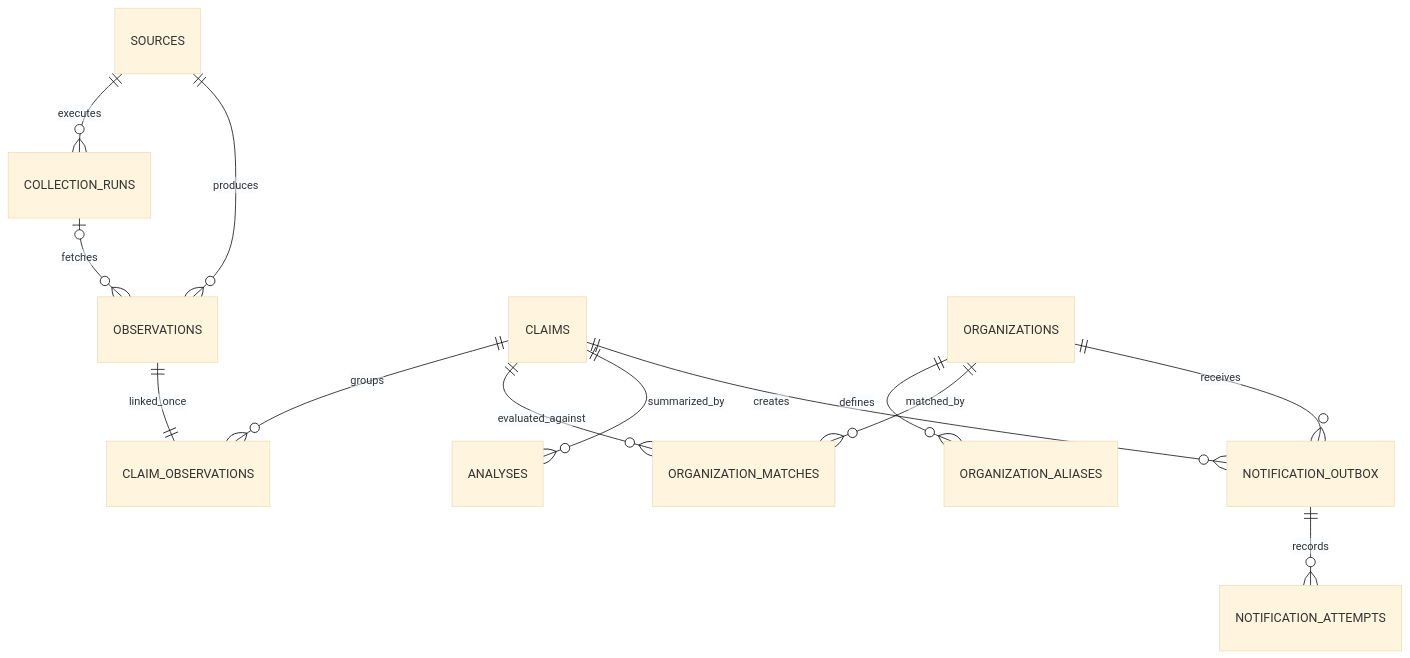
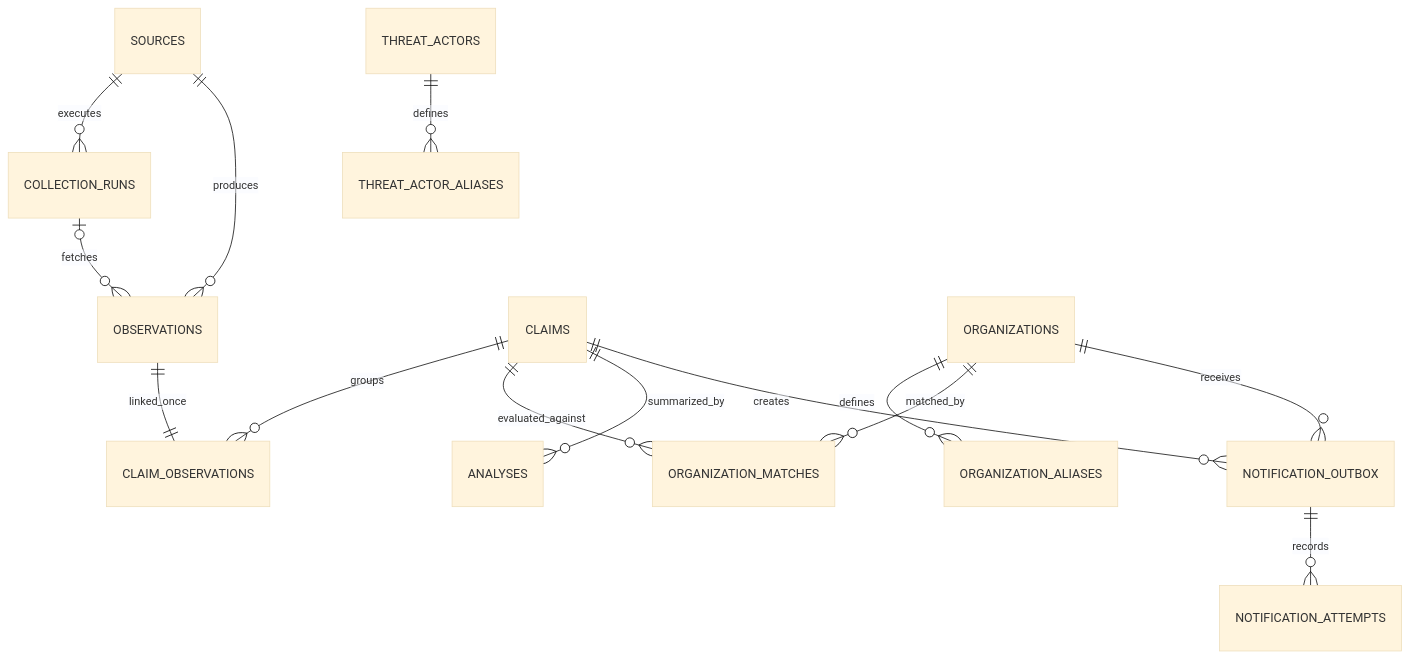
One commit to DimLeon009/threat-claim-monitor changed the diagram in docs/architecture/data-model.md. Above: the diagram before and after it, drawn with Mermaid (base theme). The commit also changed other lines of this file and 28 other files, not shown here.

````diff
--- a/docs/architecture/data-model.md
+++ b/docs/architecture/data-model.md
@@ -11,15 +11,16 @@
 ```mermaid
 erDiagram
     SOURCES ||--o{ COLLECTION_RUNS : executes
     SOURCES ||--o{ OBSERVATIONS : produces
     COLLECTION_RUNS o|--o{ OBSERVATIONS : fetches
     CLAIMS ||--o{ CLAIM_OBSERVATIONS : groups
     OBSERVATIONS ||--|| CLAIM_OBSERVATIONS : linked_once
     ORGANIZATIONS ||--o{ ORGANIZATION_ALIASES : defines
+    THREAT_ACTORS ||--o{ THREAT_ACTOR_ALIASES : defines
     CLAIMS ||--o{ ORGANIZATION_MATCHES : evaluated_against
     ORGANIZATIONS ||--o{ ORGANIZATION_MATCHES : matched_by
     CLAIMS ||--o{ ANALYSES : summarized_by
     CLAIMS ||--o{ NOTIFICATION_OUTBOX : creates
     ORGANIZATIONS ||--o{ NOTIFICATION_OUTBOX : receives
     NOTIFICATION_OUTBOX ||--o{ NOTIFICATION_ATTEMPTS : records
 ```
````
